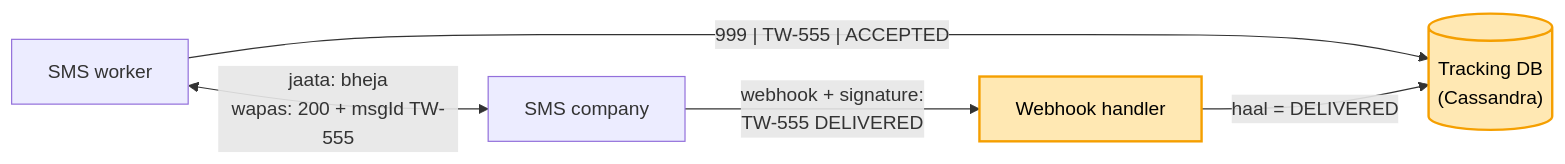
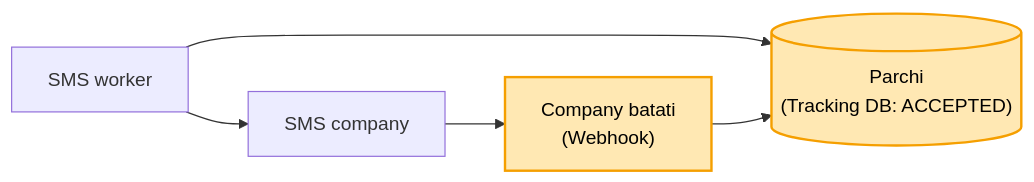
Before and after one commit to ArpanMaheshwari144/Prep: the third of 4 diagrams in 04_HLD/SYSTEM_DESIGNS/04_notification_system/04_notification_system.md, drawn with Mermaid. The commit also changed other lines of this file and 13 other files, not shown here.

````diff
--- a/04_HLD/SYSTEM_DESIGNS/04_notification_system/04_notification_system.md
+++ b/04_HLD/SYSTEM_DESIGNS/04_notification_system/04_notification_system.md
@@ -398,9 +126,9 @@
 ```mermaid
 flowchart LR
-    WS["SMS worker"] <-->|"jaata: bheja<br/>wapas: 200 + msgId TW-555"| C["SMS company"]
-    WS -- "999 | TW-555 | ACCEPTED" --> T[("Tracking DB<br/>(Cassandra)")]
-    C -- "webhook + signature:<br/>TW-555 DELIVERED" --> H["Webhook handler"]
-    H -- "haal = DELIVERED" --> T
+    W["SMS worker"] --> C["SMS company"]
+    W --> T[("Parchi<br/>(Tracking DB: ACCEPTED)")]
+    C --> H["Company batati<br/>(Webhook)"]
+    H --> T
     style T fill:#ffe8b3,stroke:#f59f00,stroke-width:2px,color:#000
     style H fill:#ffe8b3,stroke:#f59f00,stroke-width:2px,color:#000
 ```
````
